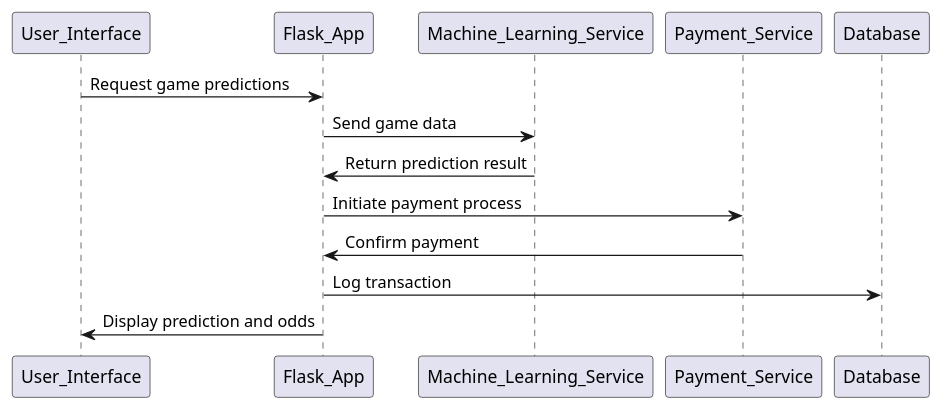
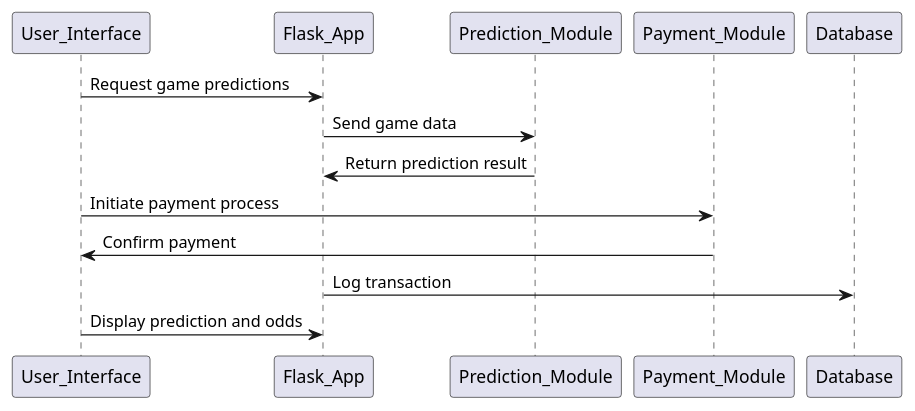
The diagram in design.adoc (ImZackAdams/hackingbaseballv2), drawn with PlantUML before and after one commit. The commit also changed other lines of this file and 1 other file, not shown here.

```diff
--- a/design.adoc
+++ b/design.adoc
@@ -61,16 +58,16 @@
 [plantuml, method-sequence-diagram, png]
 ....
 participant User_Interface
 participant Flask_App
-participant Machine_Learning_Service
-participant Payment_Service
+participant Prediction_Module
+participant Payment_Module
 participant Database
 
 User_Interface -> Flask_App: Request game predictions
-Flask_App -> Machine_Learning_Service: Send game data
-Machine_Learning_Service -> Flask_App: Return prediction result
-Flask_App -> Payment_Service: Initiate payment process
-Payment_Service -> Flask_App: Confirm payment
+Flask_App -> Prediction_Module: Send game data
+Prediction_Module -> Flask_App: Return prediction result
+User_Interface -> Payment_Module: Initiate payment process
+Payment_Module -> User_Interface: Confirm payment
 Flask_App -> Database: Log transaction
-Flask_App -> User_Interface: Display prediction and odds
+User_Interface -> Flask_App: Display prediction and odds
 ....
```
